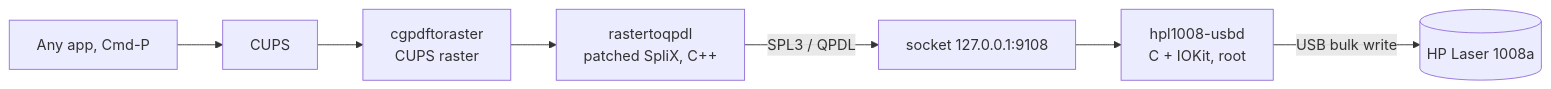
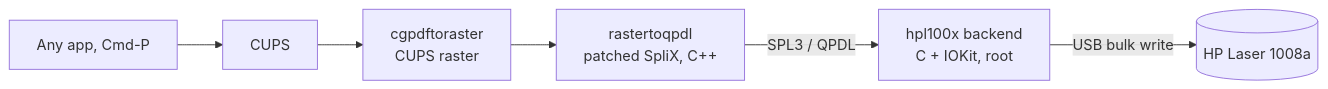
The diagram in README.md (Joaquim-mph/laser-ML2160-macos), drawn with Mermaid before and after one commit. The commit also changed other lines of this file and 2 other files, not shown here.

First line of the commit message:
V2 is the default: install the CUPS backend, retire socket+daemon

````diff
--- a/README.md
+++ b/README.md
@@ -47,9 +47,8 @@
 ```mermaid
 flowchart LR
     A[Any app, Cmd-P] --> B[CUPS]
     B --> C[cgpdftoraster<br/>CUPS raster]
     C --> D[rastertoqpdl<br/>patched SpliX, C++]
-    D -->|SPL3 / QPDL| E[socket 127.0.0.1:9108]
-    E --> F[hpl1008-usbd<br/>C + IOKit, root]
-    F -->|USB bulk write| G[(HP Laser 1008a)]
+    D -->|SPL3 / QPDL| E[hpl100x backend<br/>C + IOKit, root]
+    E -->|USB bulk write| F[(HP Laser 1008a)]
 ```
````
